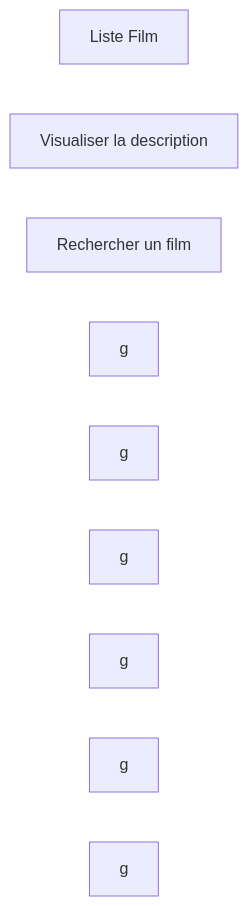
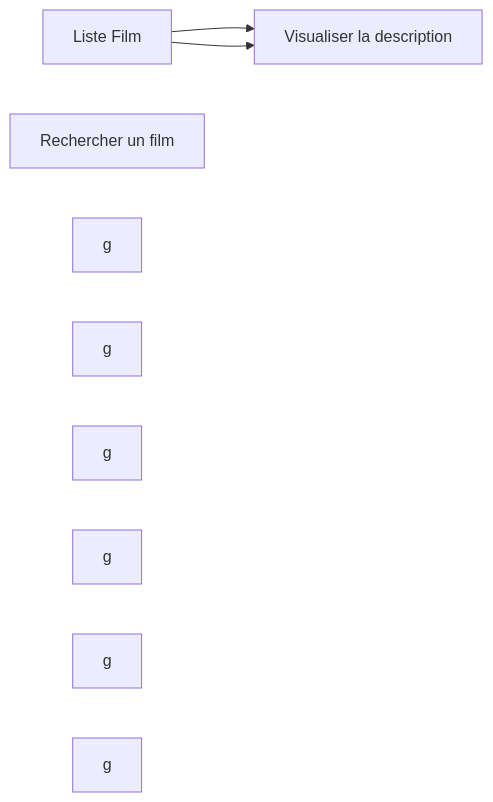
One commit to Remynder0/cours_BUT_24-25 changed the first of 3 diagrams in README.md. Above: the diagram before and after it, drawn with Mermaid. The commit also changed other lines of this file, not shown here.

````diff
--- a/README.md
+++ b/README.md
@@ -120,14 +120,17 @@
 ```mermaid
 graph LR
 
 A[Liste Film]
 B[Visualiser la description]
 C[Rechercher un film]
 D[g] 
 E[g] 
 F[g]
 G[g] 
 H[g] 
 I[g]
 
+A --> B
+A --> B
+
 ```
````
